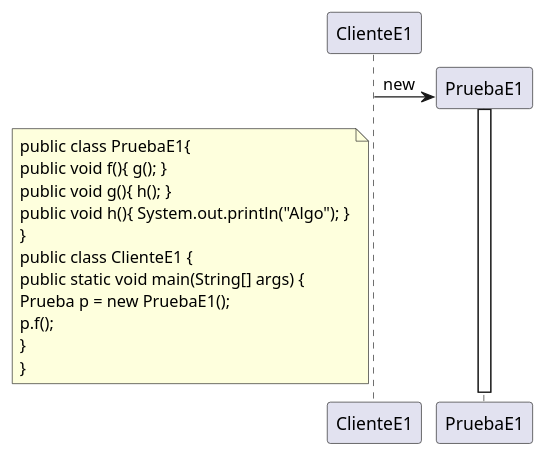
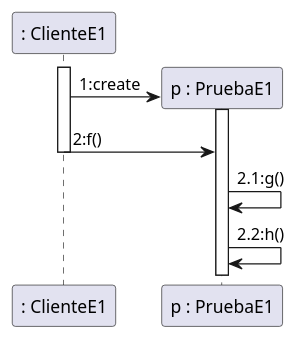
The diagram in docs/diagrams/prac-03/B-pruebaCliente.plantuml (SoMarcanoDev/IS-022023), drawn with PlantUML before and after one commit. The commit also changed 12 other files, not shown here.

```diff
--- a/docs/diagrams/prac-03/B-pruebaCliente.plantuml
+++ b/docs/diagrams/prac-03/B-pruebaCliente.plantuml
@@ -1,25 +1,15 @@
-@startuml
-participant PruebaE1 order 2
-participant ClienteE1 order 1
+@startuml pruebaCliente
+participant "p : PruebaE1" as PruebaE1 order 2
+participant ": ClienteE1" as ClienteE1 order 1
 
-
+activate ClienteE1
 create PruebaE1
-ClienteE1 -> PruebaE1:new
+ClienteE1 -> PruebaE1: 1:create
 activate PruebaE1
 
-
-note left of ClienteE1
-    public class PruebaE1{
-    public void f(){ g(); }
-    public void g(){ h(); }
-    public void h(){ System.out.println("Algo"); }
-    }
-    public class ClienteE1 {
-    public static void main(String[] args) {
-    Prueba p = new PruebaE1();
-    p.f();
-    }
-    }
-end note
+ClienteE1 -> PruebaE1: 2:f()
+deactivate ClienteE1
+PruebaE1 -> PruebaE1: 2.1:g()
+PruebaE1 -> PruebaE1: 2.2:h()
 
 @enduml
```
